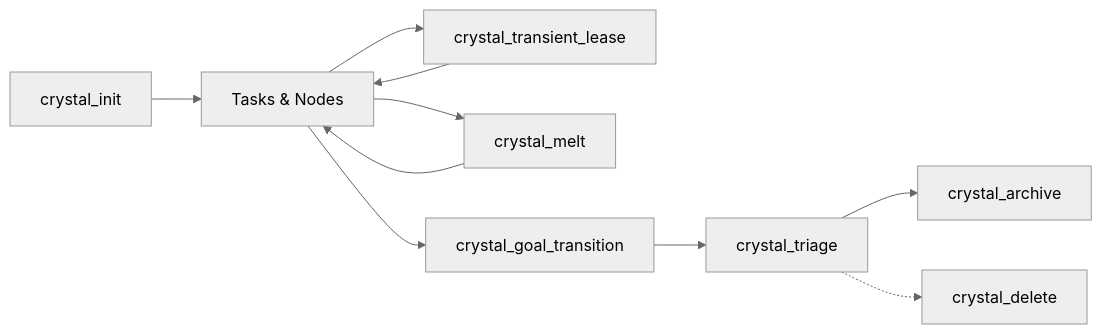
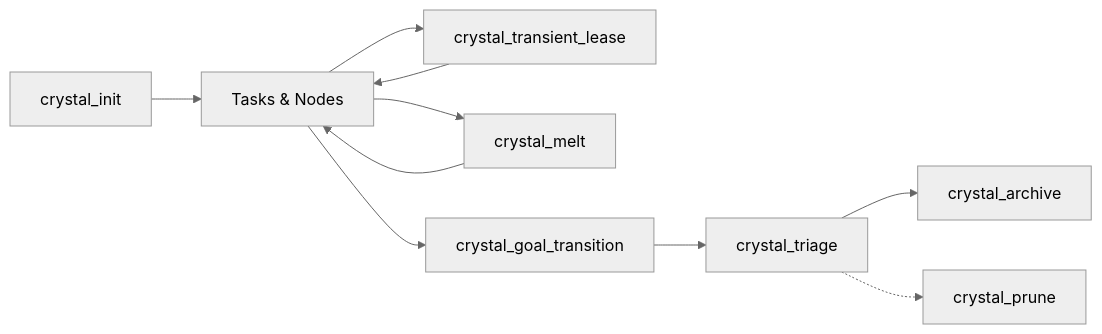
One commit to oswaldo/context-crystal changed the diagram in docs/mcp/instructions.md. Above: the diagram before and after it, drawn with Mermaid (neutral theme). The commit also changed other lines of this file and 19 other files, not shown here.

First line of the commit message:
feat(prune,mcp): unify single and batch deletion into crystal_prune and integrate cold storage retention triage

````diff
--- a/docs/mcp/instructions.md
+++ b/docs/mcp/instructions.md
@@ -24,12 +24,12 @@
 ```mermaid
 flowchart LR
     Init[crystal_init] --> Work[Tasks & Nodes]
     Work --> Lease[crystal_transient_lease]
     Lease --> Work
     Work --> Melt[crystal_melt]
     Melt --> Work
     Work --> Conclude[crystal_goal_transition]
     Conclude --> Triage[crystal_triage]
     Triage --> Archive[crystal_archive]
-    Triage -.-> Delete[crystal_delete]
+    Triage -.-> Prune[crystal_prune]
 ```
````
